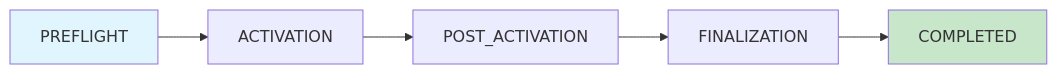
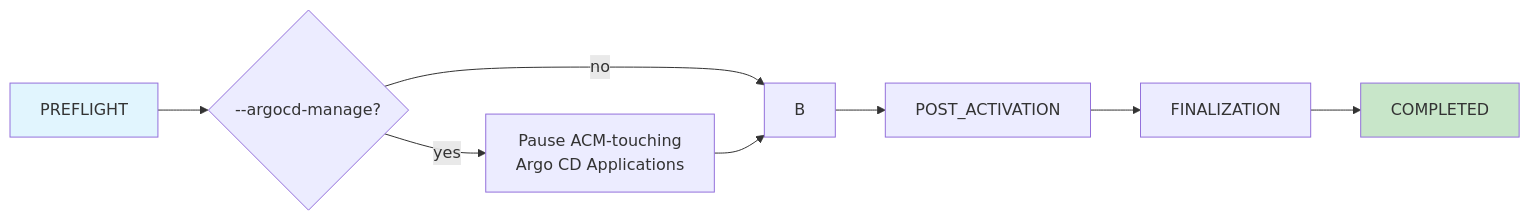
Before and after one commit to tomazb/rh-acm-switchover: the diagram in README.md, drawn with Mermaid. The commit also changed other lines of this file and 5 other files, not shown here.

````diff
--- a/README.md
+++ b/README.md
@@ -310,9 +311,12 @@
 ```mermaid
 flowchart LR
-    A[PREFLIGHT] --> B[ACTIVATION]
+    A[PREFLIGHT] --> P{--argocd-manage?}
+    P -->|yes| Q[Pause ACM-touching<br/>Argo CD Applications]
+    P -->|no| B
+    Q --> B
     B --> C[POST_ACTIVATION]
     C --> D[FINALIZATION]
     D --> E[COMPLETED]
     style A fill:#e1f5fe
     style E fill:#c8e6c9
 ```
````
